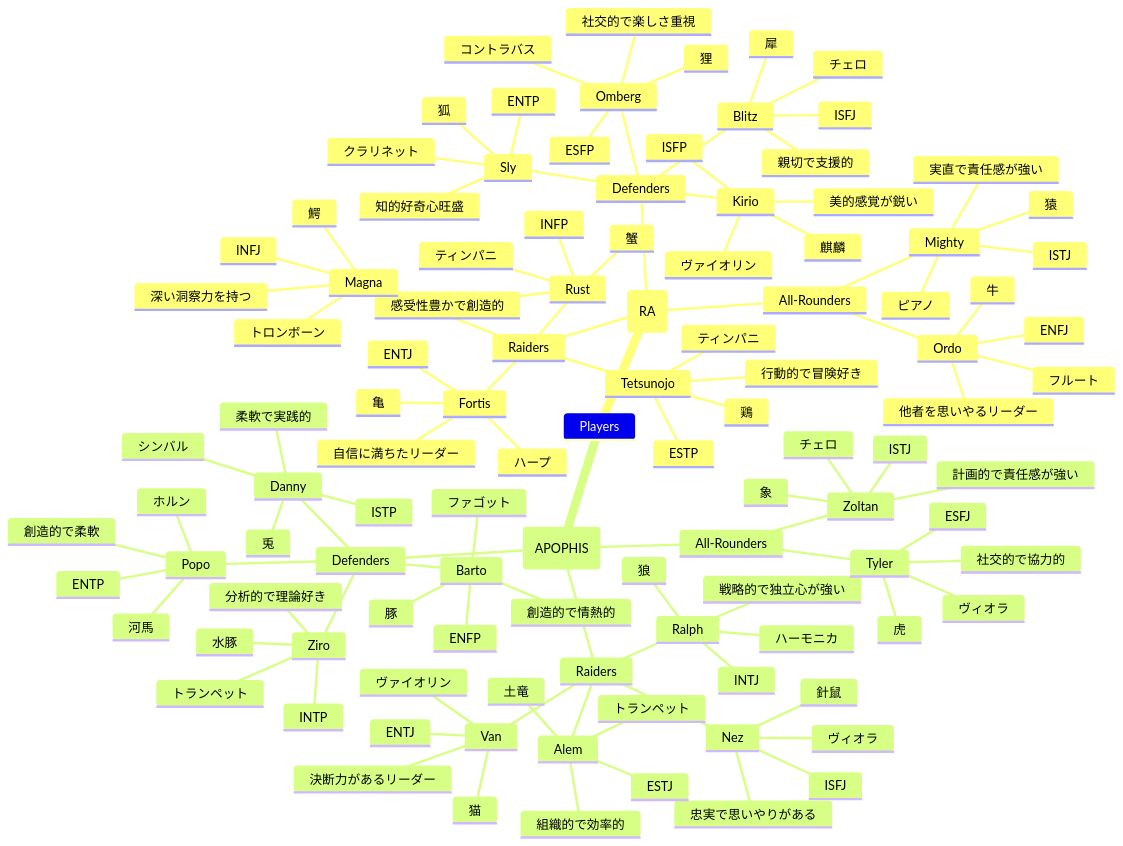
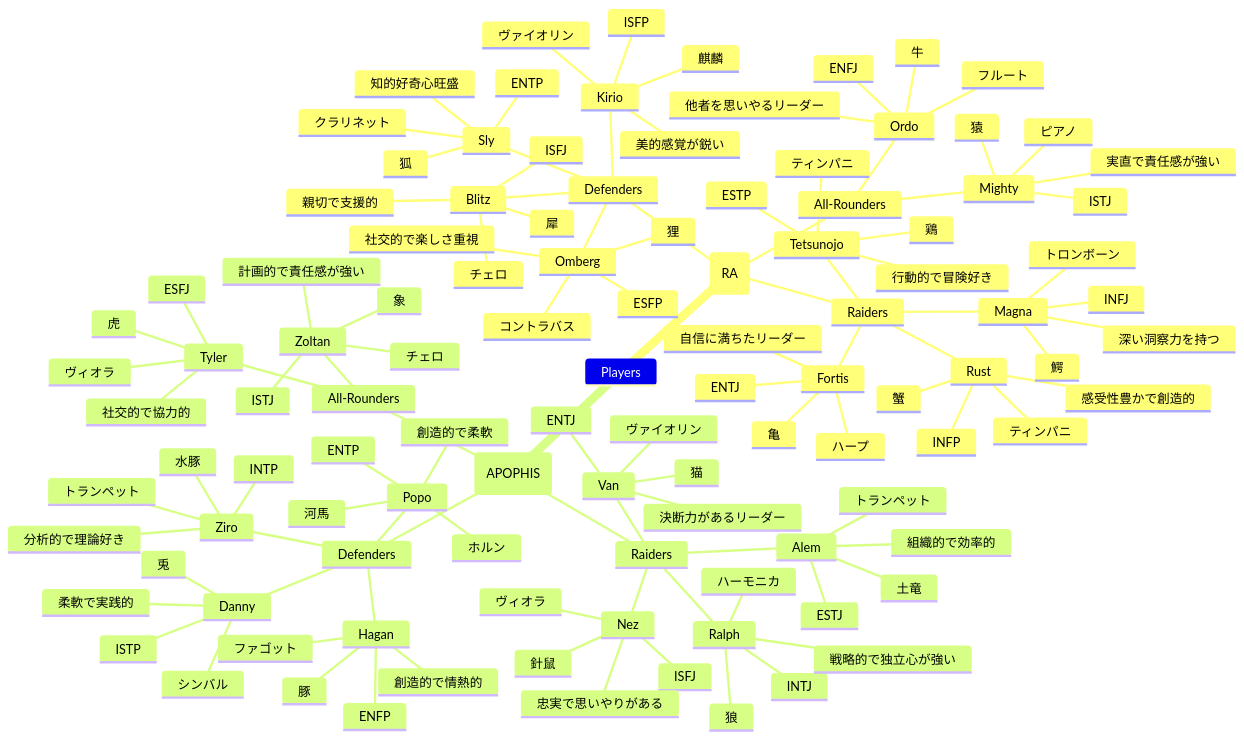
One commit to 4hoe8pow/Ancient changed the second of 2 diagrams in README.md. Above: the diagram before and after it, drawn with Mermaid.

Commit message:
README.md を更新

```diff
--- a/README.md
+++ b/README.md
@@ -153,7 +153,7 @@
                     組織的で効率的
                     トランペット                    
             Defenders
-                Barto
+                Hagan
                     豚
                     ENFP
                     創造的で情熱的
```
